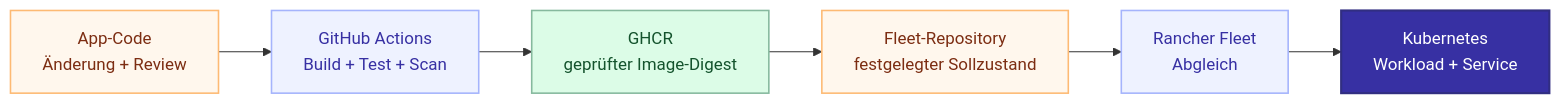
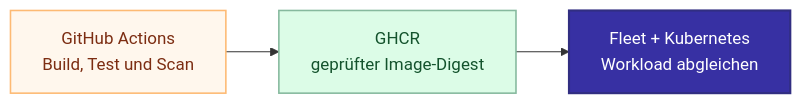
One commit to Paul1404/astro-portfolio changed the diagram in docs/diagrams/vertex/de-delivery.mmd. Above: the diagram before and after it, drawn with Mermaid. The commit also changed 15 other files, not shown here.

Commit message:
Make Vertex diagrams fit their layouts (#164)

```diff
--- a/docs/diagrams/vertex/de-delivery.mmd
+++ b/docs/diagrams/vertex/de-delivery.mmd
@@ -1,12 +1,7 @@
 flowchart LR
   accTitle: Anwendungsbereitstellung auf Vertex
-  accDescr: Eine Änderung am Anwendungscode wird in GitHub Actions gebaut, getestet und geprüft. Verifizierte Images werden in GHCR veröffentlicht und ihre unveränderlichen Digests im privaten Fleet-Repository übernommen. Rancher Fleet gleicht Kubernetes-Workloads ab, deren Bereitschaft vor der Weiterleitung von Anfragen geprüft wird.
-  Source["App-Code<br/>Änderung + Review"]:::source --> CI["GitHub Actions<br/>Build + Test + Scan"]:::control
-  CI --> Image["GHCR<br/>geprüfter Image-Digest"]:::storage
-  Image --> Git["Fleet-Repository<br/>festgelegter Sollzustand"]:::source
-  Git --> Fleet["Rancher Fleet<br/>Abgleich"]:::control
-  Fleet --> K8s["Kubernetes<br/>Workload + Service"]:::gateway
+  accDescr: GitHub Actions baut, testet und prüft Quellcodeänderungen. Geprüfte Images werden in GHCR veröffentlicht und ihre Digests in das private Fleet-Repository übernommen. Fleet gleicht Kubernetes-Workloads ab.
+  Build["GitHub Actions<br/>Build, Test und Scan"]:::source --> Image["GHCR<br/>geprüfter Image-Digest"]:::storage --> Deploy["Fleet + Kubernetes<br/>Workload abgleichen"]:::gateway
   classDef source fill:#fff7ed,stroke:#fdba74,color:#7c2d12,stroke-width:1.5px
-  classDef control fill:#eef2ff,stroke:#a5b4fc,color:#3730a3,stroke-width:1.5px
   classDef storage fill:#dcfce7,stroke:#86b99e,color:#14532d,stroke-width:1.5px
   classDef gateway fill:#3730a3,stroke:#312e81,color:#ffffff,stroke-width:2px
```
